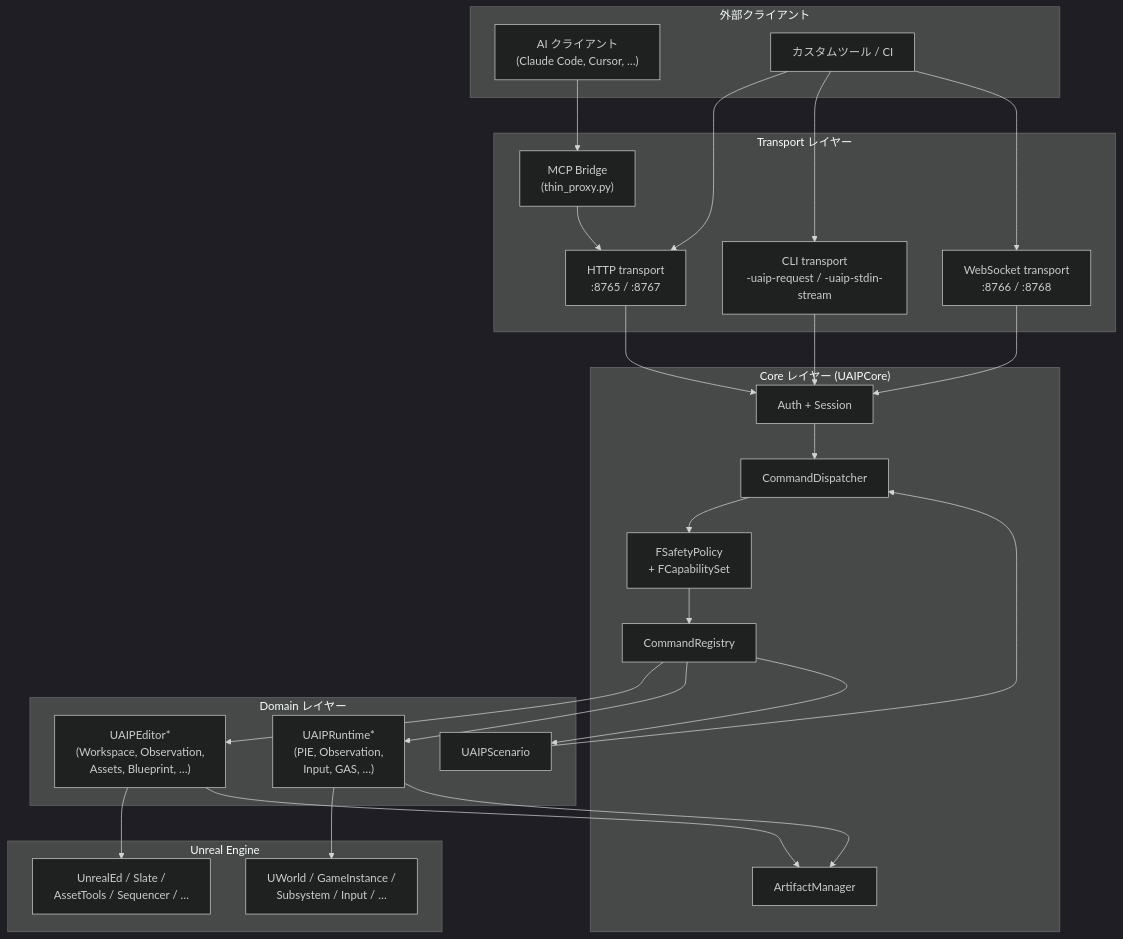
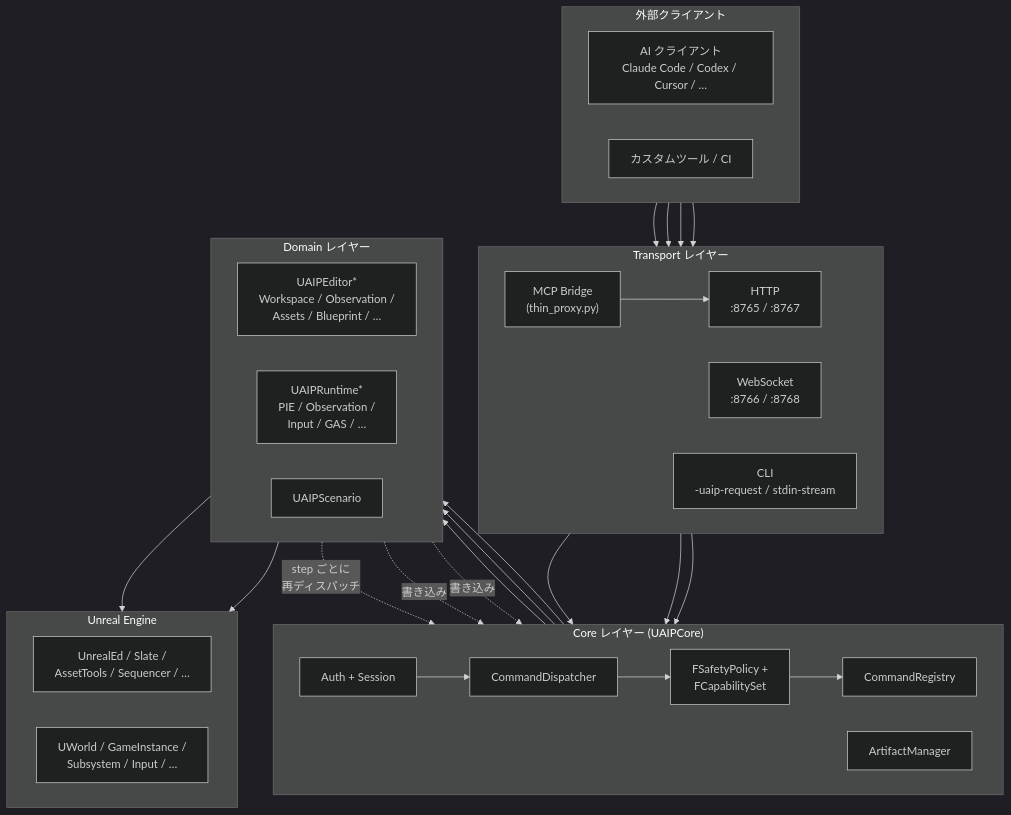
Before and after one commit to Naotsun19B/UnrealAIIntegrationPlatform-Document: the first of 6 diagrams in docs/ja/architecture.md, drawn with Mermaid (dark theme). The commit also changed 1 other file, not shown here.

Commit message:
docs(architecture): rebalance the layer-overview Mermaid diagram
The previous version stretched into a tall, narrow column because every
subgraph rendered as a vertical stack. Now each subgraph (Clients,
Transports, Core, Domains, UE) declares 'direction LR' so its members
sit side by side, giving the overall diagram a much wider, easier-to-
scan layout.

While at it:
- Mark Scenario→Dispatcher as a dotted edge labelled 're-dispatch per
  step' (it's a non-primary path; the solid arrow made it look like a
  normal forward edge)
- Mark Domain→Artifacts edges as dotted 'writes' (auxiliary side-
  effect, not part of the dispatch chain)
- Include 'Codex' in the AI clients label for parity with the rest of
  the docs

````diff
--- a/docs/ja/architecture.md
+++ b/docs/ja/architecture.md
@@ -11,53 +11,61 @@
 ```mermaid
 flowchart TB
     subgraph Clients["外部クライアント"]
-        AI["AI クライアント<br/>(Claude Code, Cursor, …)"]
+        direction LR
+        AI["AI クライアント<br/>Claude Code / Codex / Cursor / …"]
         Tool["カスタムツール / CI"]
     end
 
-    subgraph TransportLayer["Transport レイヤー"]
+    subgraph Transports["Transport レイヤー"]
+        direction LR
         MCP["MCP Bridge<br/>(thin_proxy.py)"]
-        HTTP["HTTP transport<br/>:8765 / :8767"]
-        WS["WebSocket transport<br/>:8766 / :8768"]
-        CLI["CLI transport<br/>-uaip-request / -uaip-stdin-stream"]
+        HTTP["HTTP<br/>:8765 / :8767"]
+        WS["WebSocket<br/>:8766 / :8768"]
+        CLI["CLI<br/>-uaip-request / stdin-stream"]
     end
 
-    subgraph CoreLayer["Core レイヤー (UAIPCore)"]
+    subgraph Core["Core レイヤー (UAIPCore)"]
+        direction LR
         Auth["Auth + Session"]
         Dispatcher["CommandDispatcher"]
-        Policy["FSafetyPolicy<br/>+ FCapabilitySet"]
+        Policy["FSafetyPolicy +<br/>FCapabilitySet"]
         Registry["CommandRegistry"]
         Artifacts["ArtifactManager"]
     end
 
     subgraph Domains["Domain レイヤー"]
-        EditorDom["UAIPEditor*<br/>(Workspace, Observation,<br/>Assets, Blueprint, …)"]
-        RuntimeDom["UAIPRuntime*<br/>(PIE, Observation,<br/>Input, GAS, …)"]
+        direction LR
+        EditorDom["UAIPEditor*<br/>Workspace / Observation /<br/>Assets / Blueprint / …"]
+        RuntimeDom["UAIPRuntime*<br/>PIE / Observation /<br/>Input / GAS / …"]
         Scenario["UAIPScenario"]
     end
 
     subgraph UE["Unreal Engine"]
+        direction LR
         EngineEd["UnrealEd / Slate /<br/>AssetTools / Sequencer / …"]
         EngineRt["UWorld / GameInstance /<br/>Subsystem / Input / …"]
     end
 
     AI --> MCP
     Tool --> HTTP
+    Tool --> WS
     Tool --> CLI
-    Tool --> WS
     MCP --> HTTP
+
     HTTP --> Auth
     WS --> Auth
     CLI --> Auth
+
     Auth --> Dispatcher
     Dispatcher --> Policy
     Policy --> Registry
     Registry --> EditorDom
     Registry --> RuntimeDom
     Registry --> Scenario
+    Scenario -.->|"step ごとに<br/>再ディスパッチ"| Dispatcher
+
     EditorDom --> EngineEd
     RuntimeDom --> EngineRt
-    EditorDom --> Artifacts
-    RuntimeDom --> Artifacts
-    Scenario --> Dispatcher
+    EditorDom -.->|書き込み| Artifacts
+    RuntimeDom -.->|書き込み| Artifacts
 ```
````
